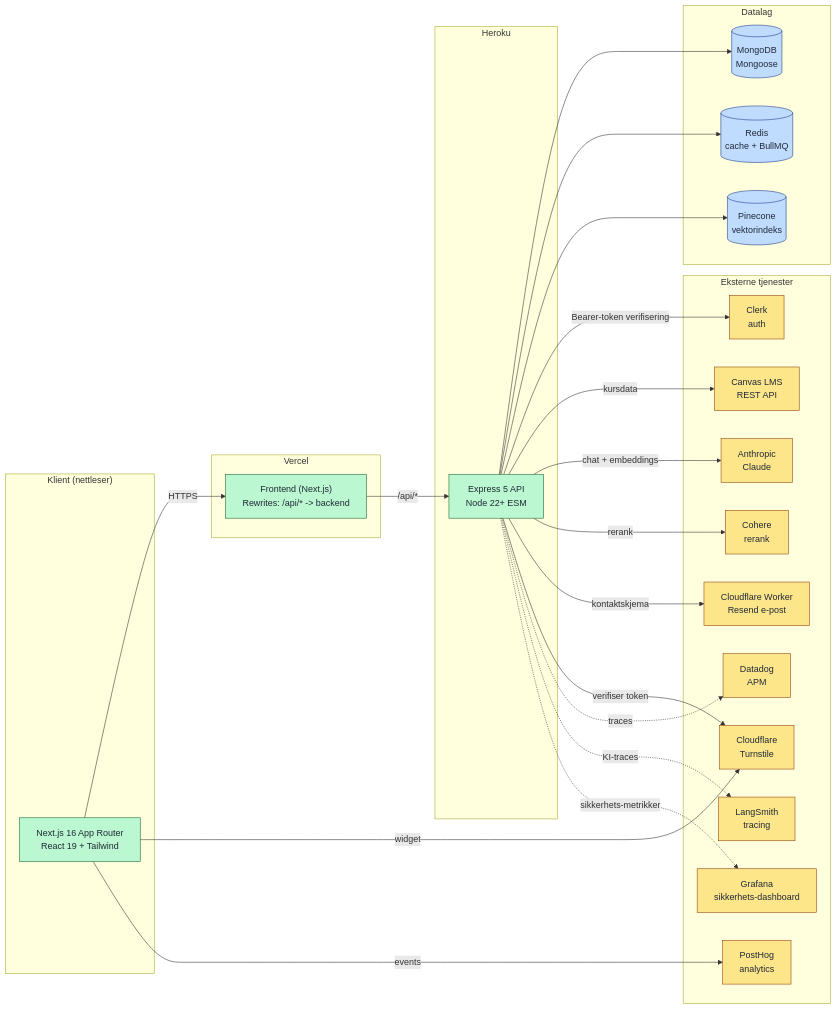
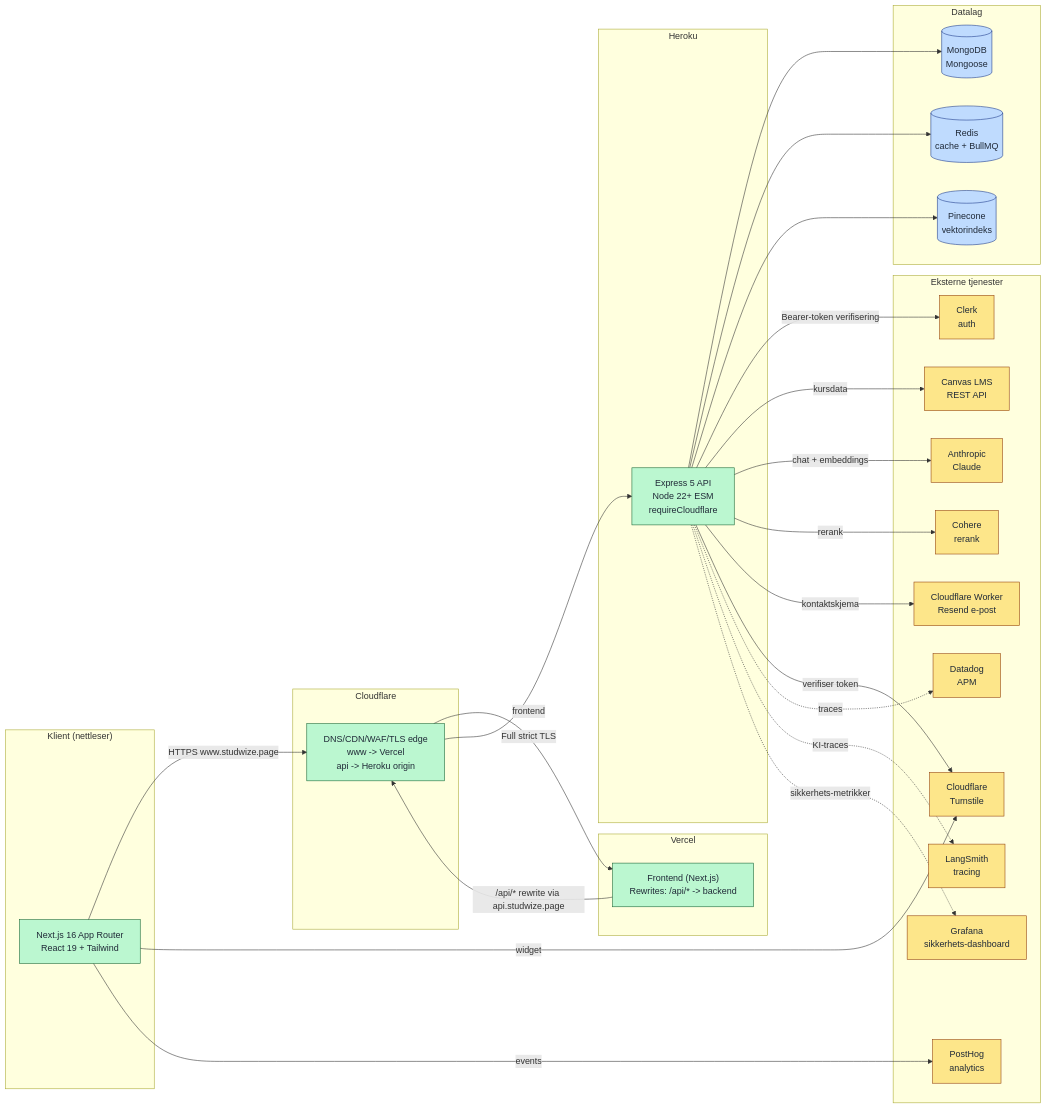
The diagram in filer_prosjekt/diagrammer/01-arkitektur-overordnet.md (26zl/StudyWise), drawn with Mermaid before and after one commit. The commit also changed other lines of this file and 34 other files, not shown here.

````diff
--- a/filer_prosjekt/diagrammer/01-arkitektur-overordnet.md
+++ b/filer_prosjekt/diagrammer/01-arkitektur-overordnet.md
@@ -5,61 +5,67 @@
 ```mermaid
 flowchart LR
     subgraph Klient["Klient (nettleser)"]
         UI["Next.js 16 App Router<br/>React 19 + Tailwind"]
     end
 
     subgraph Vercel["Vercel"]
         FE["Frontend (Next.js)<br/>Rewrites: /api/* -> backend"]
     end
 
+    subgraph Cloudflare["Cloudflare"]
+        CFEDGE["DNS/CDN/WAF/TLS edge<br/>www -> Vercel<br/>api -> Heroku origin"]
+    end
+
     subgraph Heroku["Heroku"]
-        BE["Express 5 API<br/>Node 22+ ESM"]
+        BE["Express 5 API<br/>Node 22+ ESM<br/>requireCloudflare"]
     end
 
     subgraph Datalag["Datalag"]
         MONGO[("MongoDB<br/>Mongoose")]
         REDIS[("Redis<br/>cache + BullMQ")]
         PINE[("Pinecone<br/>vektorindeks")]
     end
 
     subgraph Eksterne["Eksterne tjenester"]
         CLERK["Clerk<br/>auth"]
         CANVAS["Canvas LMS<br/>REST API"]
         ANTH["Anthropic<br/>Claude"]
         COHERE["Cohere<br/>rerank"]
         TURN["Cloudflare<br/>Turnstile"]
         POSTHOG["PostHog<br/>analytics"]
         DD["Datadog<br/>APM"]
         LANG["LangSmith<br/>tracing"]
         GRAF["Grafana<br/>sikkerhets-dashboard"]
         CFW["Cloudflare Worker<br/>Resend e-post"]
     end
 
-    UI -->|HTTPS| FE
-    FE -->|/api/*| BE
+    UI -->|HTTPS www.studwize.page| CFEDGE
+    CFEDGE -->|frontend| FE
+    FE -->|/api/* rewrite via api.studwize.page| CFEDGE
+    CFEDGE -->|Full strict TLS| BE
 
     BE --> MONGO
     BE --> REDIS
     BE --> PINE
 
     BE -->|Bearer-token verifisering| CLERK
     BE -->|kursdata| CANVAS
     BE -->|chat + embeddings| ANTH
     BE -->|rerank| COHERE
     BE -->|kontaktskjema| CFW
 
     UI -->|widget| TURN
     BE -->|verifiser token| TURN
     UI -->|events| POSTHOG
 
     BE -.->|traces| DD
     BE -.->|KI-traces| LANG
     BE -.->|sikkerhets-metrikker| GRAF
 
     classDef ext fill:#fde68a,stroke:#92400e,color:#1f2937
     classDef data fill:#bfdbfe,stroke:#1e3a8a,color:#1f2937
     classDef app fill:#bbf7d0,stroke:#166534,color:#1f2937
     class CLERK,CANVAS,ANTH,COHERE,TURN,POSTHOG,DD,LANG,GRAF,CFW ext
     class MONGO,REDIS,PINE data
-    class FE,BE,UI app
+    class FE,BE,UI,CFEDGE app
 ```
````
